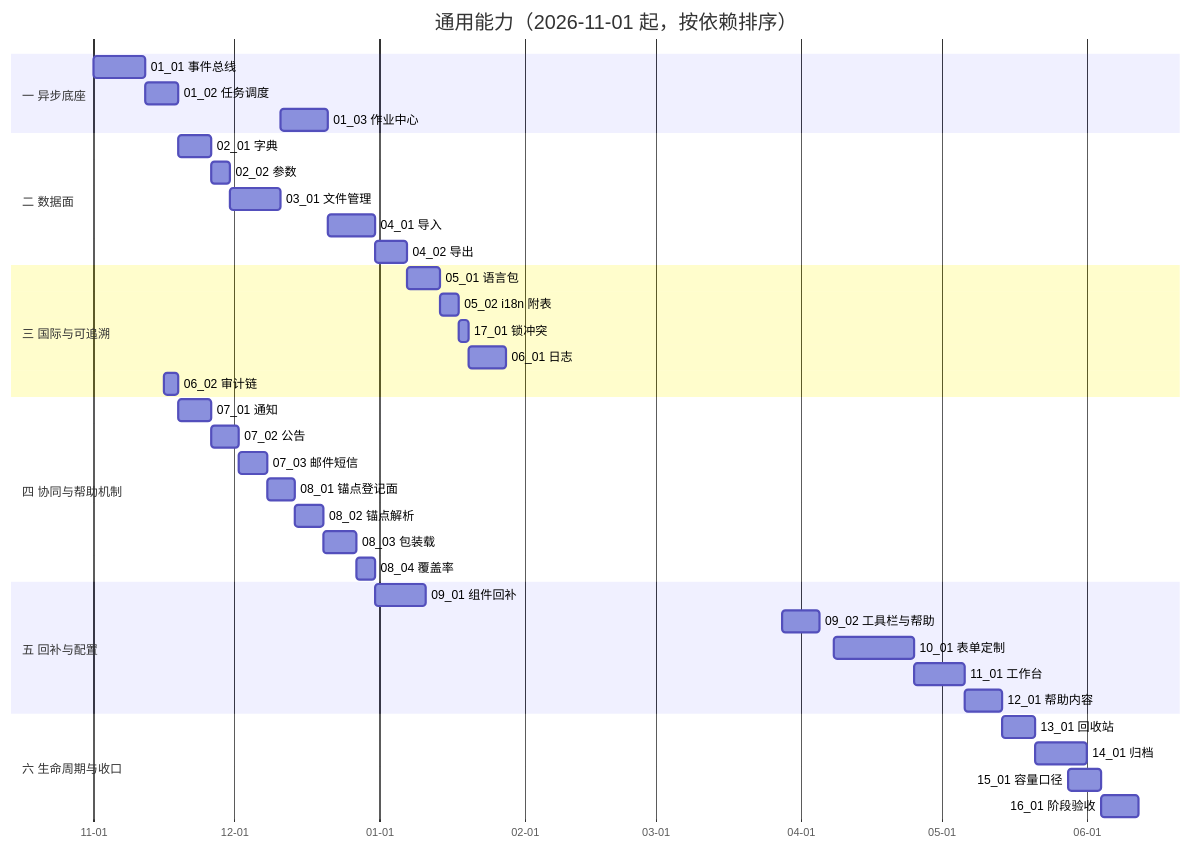
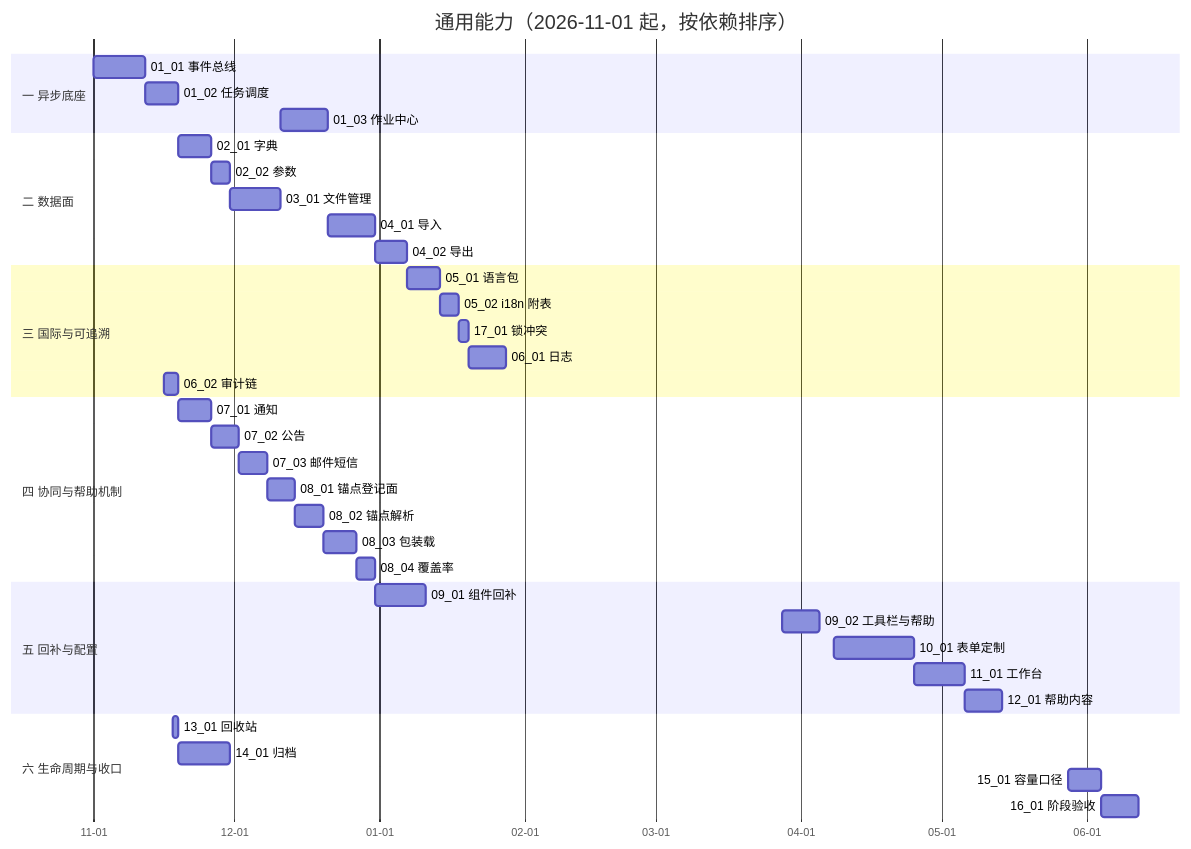
Before and after one commit to minjian123/basic-management-system: the diagram in bms文档/项目/08_通用能力/计划/01_计划_通用能力.md, drawn with Mermaid. The commit also changed other lines of this file and 4 other files, not shown here.

````diff
--- a/bms文档/项目/08_通用能力/计划/01_计划_通用能力.md
+++ b/bms文档/项目/08_通用能力/计划/01_计划_通用能力.md
@@ -62,41 +62,41 @@
 ```mermaid
 gantt
     title 通用能力（2026-11-01 起，按依赖排序）
     dateFormat YYYY-MM-DD
     axisFormat %m-%d
     section 一 异步底座
     01_01 事件总线 :t0101, 2026-11-01, 11d
     01_02 任务调度 :t0102, after t0101, 7d
     01_03 作业中心 :t0103, 2026-12-11, 10d
     section 二 数据面
     02_01 字典 :t0201, after t0102, 7d
     02_02 参数 :t0202, after t0201, 4d
     03_01 文件管理 :t0301, after t0202, 11d
     04_01 导入 :t0401, after t0103, 10d
     04_02 导出 :t0402, after t0401, 7d
     section 三 国际与可追溯
     05_01 语言包 :t0501, after t0402, 7d
     05_02 i18n 附表 :t0502, after t0501, 4d
     17_01 锁冲突 :t1701, after t0502, 2d
     06_01 日志 :t0601, after t1701, 8d
     06_02 审计链 :t0602, 2026-11-16, 3d
     section 四 协同与帮助机制
     07_01 通知 :t0701, after t0602, 7d
     07_02 公告 :t0702, after t0701, 6d
     07_03 邮件短信 :t0703, after t0702, 6d
     08_01 锚点登记面 :t0801, after t0703, 6d
     08_02 锚点解析 :t0802, after t0801, 6d
     08_03 包装载 :t0803, after t0802, 7d
     08_04 覆盖率 :t0804, after t0803, 4d
     section 五 回补与配置
     09_01 组件回补 :t0901, after t0804, 11d
     09_02 工具栏与帮助 :t0902, 2027-03-28, 8d
     10_01 表单定制 :t1001, 2027-04-08, 17d
     11_01 工作台 :t1101, 2027-04-25, 11d
     12_01 帮助内容 :t1201, 2027-05-06, 8d
     section 六 生命周期与收口
-    13_01 回收站 :t1301, 2027-05-14, 7d
+    13_01 回收站 :t1301, 2026-11-18, 1d
     14_01 归档 :t1401, after t1301, 11d
     15_01 容量口径 :t1501, 2027-05-28, 7d
     16_01 阶段验收 :t1601, 2027-06-04, 8d
 ```
````
